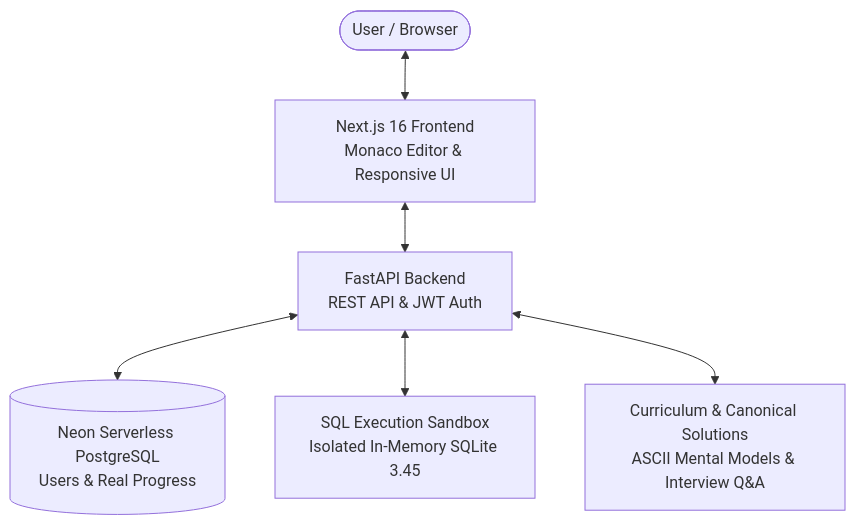
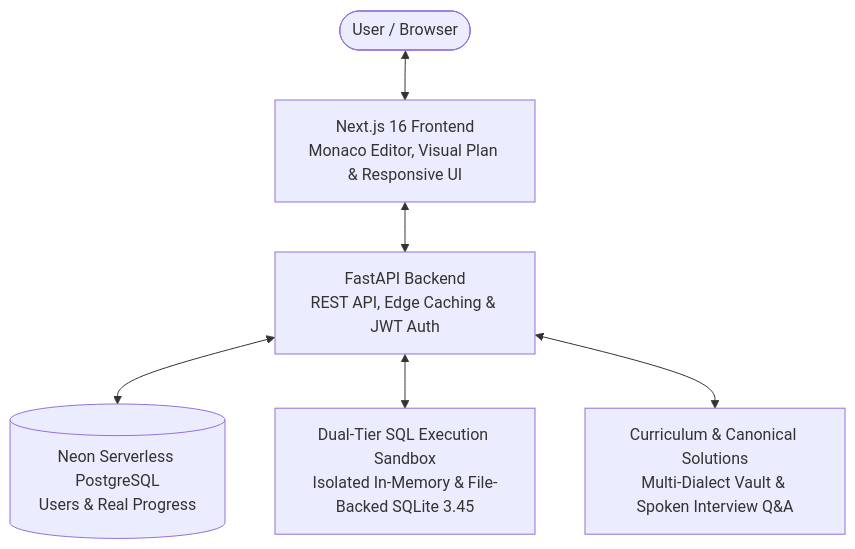
The diagram in README.md (Spidey173/SQL-Quest), drawn with Mermaid before and after one commit. The commit also changed other lines of this file and 12 other files, not shown here.

````diff
--- a/README.md
+++ b/README.md
@@ -57,8 +63,8 @@
 ```mermaid
 flowchart TD
-    User([User / Browser]) <--> Frontend[Next.js 16 Frontend\nMonaco Editor & Responsive UI]
-    Frontend <--> API[FastAPI Backend\nREST API & JWT Auth]
+    User([User / Browser]) <--> Frontend[Next.js 16 Frontend\nMonaco Editor, Visual Plan & Responsive UI]
+    Frontend <--> API[FastAPI Backend\nREST API, Edge Caching & JWT Auth]
     API <--> DB[(Neon Serverless PostgreSQL\nUsers & Real Progress)]
-    API <--> Runner[SQL Execution Sandbox\nIsolated In-Memory SQLite 3.45]
-    API <--> Mentor[Curriculum & Canonical Solutions\nASCII Mental Models & Interview Q&A]
+    API <--> Runner[Dual-Tier SQL Execution Sandbox\nIsolated In-Memory & File-Backed SQLite 3.45]
+    API <--> Mentor[Curriculum & Canonical Solutions\nMulti-Dialect Vault & Spoken Interview Q&A]
 ```
````
